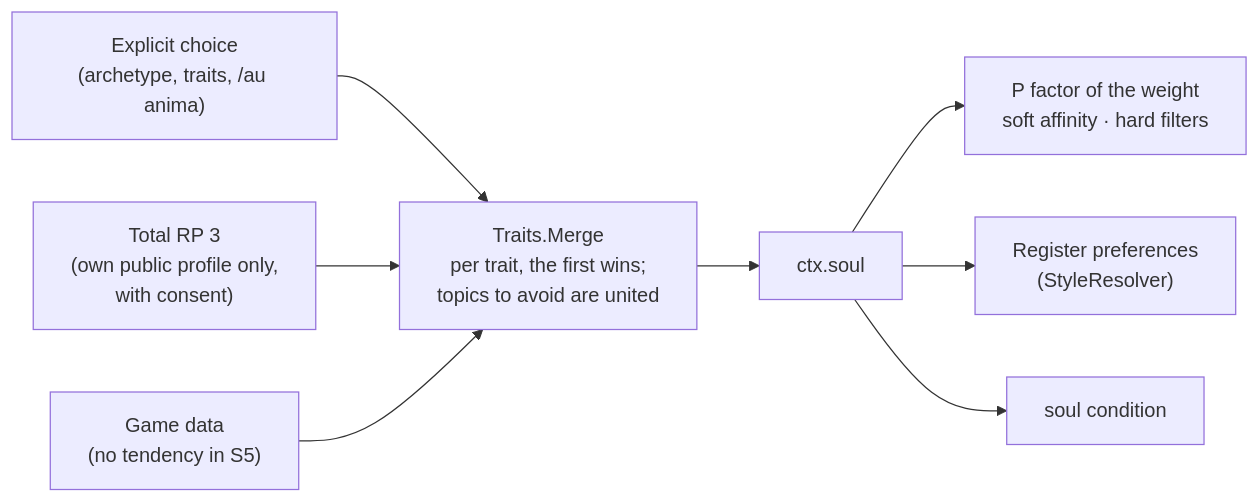
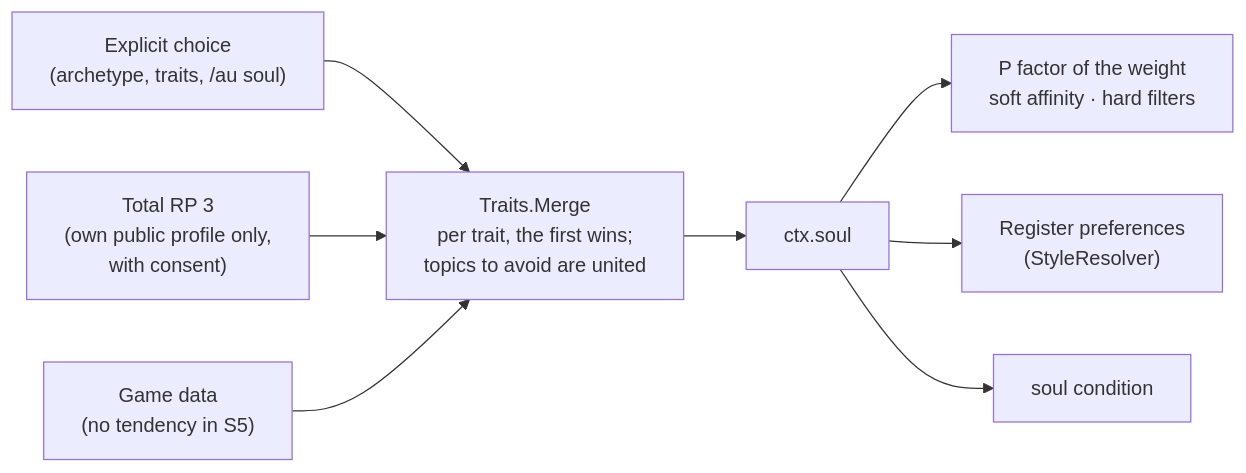
Before and after one commit to Finland6738/azeroth-unspoken: the sixth of 14 diagrams in docs/ARCHITECTURE.md, drawn with Mermaid. The commit also changed other lines of this file and 80 other files, not shown here.

````diff
--- a/docs/ARCHITECTURE.md
+++ b/docs/ARCHITECTURE.md
@@ -318,10 +319,10 @@
 ```mermaid
 flowchart LR
-    E["Explicit choice<br/>(archetype, traits, /au anima)"] --> M
+    E["Explicit choice<br/>(archetype, traits, /au soul)"] --> M
     T["Total RP 3<br/>(own public profile only,<br/>with consent)"] --> M
     G["Game data<br/>(no tendency in S5)"] --> M
     M["Traits.Merge<br/>per trait, the first wins;<br/>topics to avoid are united"] --> S["ctx.soul"]
     S --> P["P factor of the weight<br/>soft affinity · hard filters"]
     S --> R["Register preferences<br/>(StyleResolver)"]
     S --> C["soul condition"]
 ```
````
